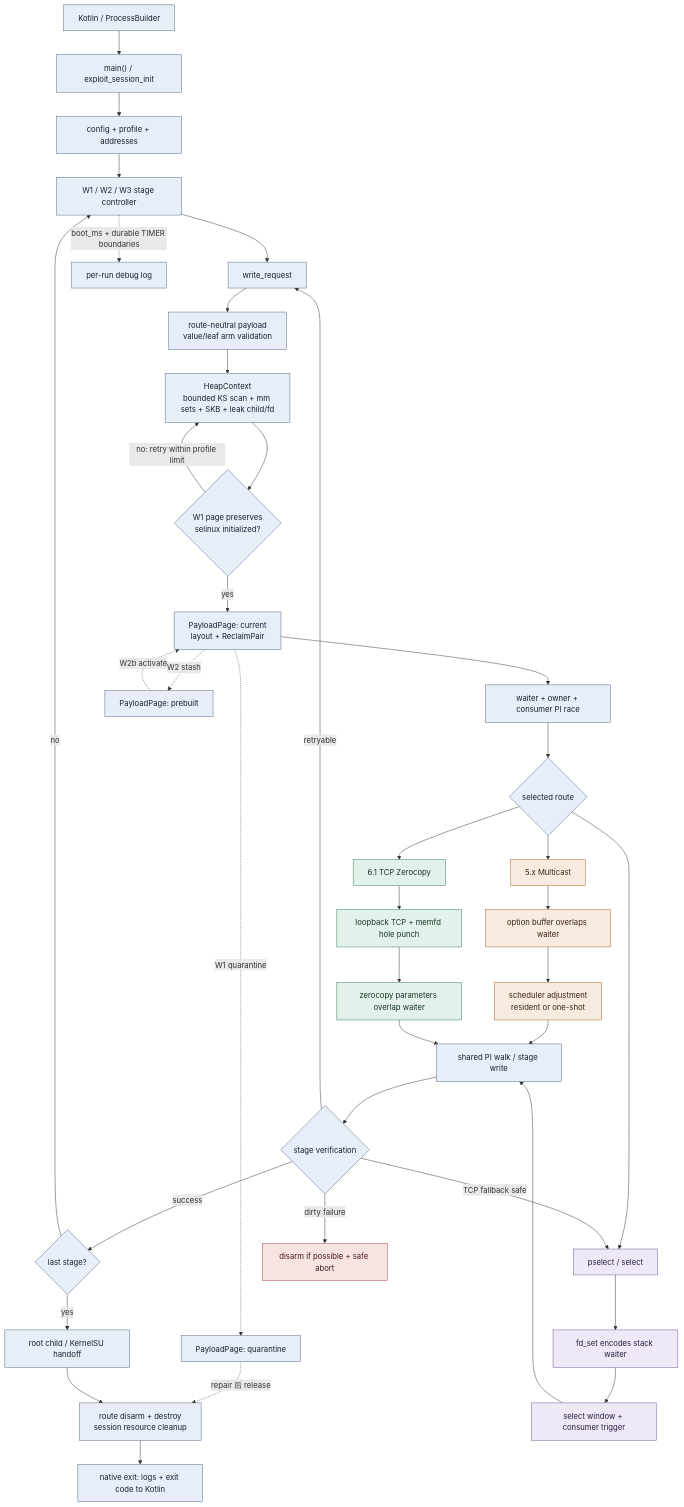
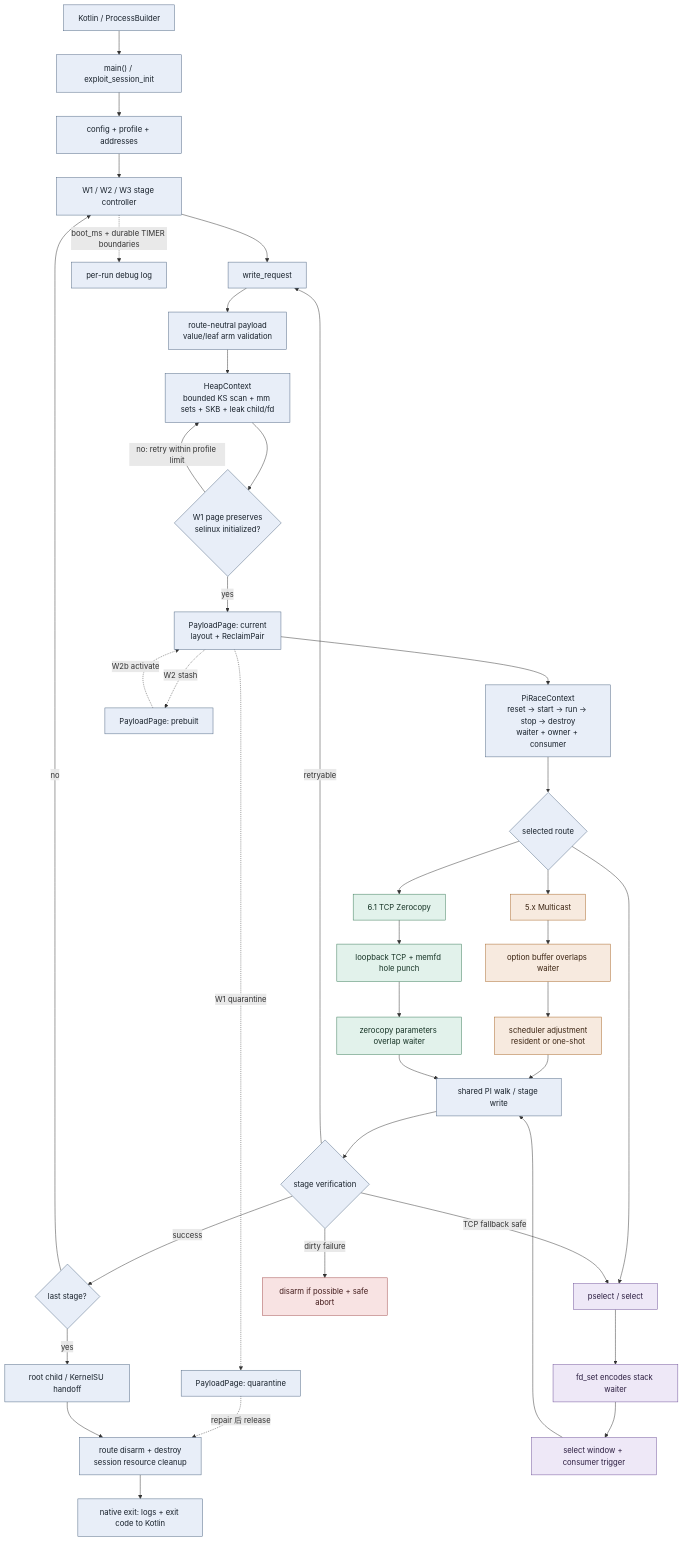
The first of 2 diagrams in analysis/native-decoupling-plan.md (YuKongA/ghostlock-app), drawn with Mermaid before and after one commit. The commit also changed other lines of this file and 5 other files, not shown here.

````diff
--- a/analysis/native-decoupling-plan.md
+++ b/analysis/native-decoupling-plan.md
@@ -200,58 +200,58 @@
 ```mermaid
 flowchart TD
     Start["Kotlin / ProcessBuilder"] --> Main["main() / exploit_session_init"]
     Main --> Init["config + profile + addresses"]
     Init --> Stage["W1 / W2 / W3 stage controller"]
     Stage --> Request["write_request"]
     Request --> Payload["route-neutral payload<br/>value/leaf arm validation"]
     Payload --> Heap["HeapContext<br/>bounded KS scan + mm sets + SKB + leak child/fd"]
     Heap --> Accept{"W1 page preserves<br/>selinux initialized?"}
     Accept -->|no: retry within profile limit| Heap
     Accept -->|yes| Current["PayloadPage: current<br/>layout + ReclaimPair"]
-    Current --> Race["waiter + owner + consumer PI race"]
+    Current --> Race["PiRaceContext<br/>reset → start → run → stop → destroy<br/>waiter + owner + consumer"]
     Current -. "W2 stash" .-> Prebuilt["PayloadPage: prebuilt"]
     Prebuilt -. "W2b activate" .-> Current
     Current -. "W1 quarantine" .-> Quarantine["PayloadPage: quarantine"]
     Quarantine -. "repair 后 release" .-> Cleanup
     Race --> Choice{"selected route"}
 
     Choice --> MC1["5.x Multicast"]
     MC1 --> MC2["option buffer overlaps waiter"]
     MC2 --> MC3["scheduler adjustment<br/>resident or one-shot"]
 
     Choice --> TCP1["6.1 TCP Zerocopy"]
     TCP1 --> TCP2["loopback TCP + memfd hole punch"]
     TCP2 --> TCP3["zerocopy parameters overlap waiter"]
 
     Choice --> PS1["pselect / select"]
     PS1 --> PS2["fd_set encodes stack waiter"]
     PS2 --> PS3["select window + consumer trigger"]
 
     MC3 --> Write["shared PI walk / stage write"]
     TCP3 --> Write
     PS3 --> Write
     Write --> Verify{"stage verification"}
 
     Verify -->|success| Advance{"last stage?"}
     Verify -->|retryable| Request
     Verify -->|TCP fallback safe| PS1
     Verify -->|dirty failure| Abort["disarm if possible + safe abort"]
 
     Advance -->|no| Stage
     Advance -->|yes| Handoff["root child / KernelSU handoff"]
     Handoff --> Cleanup["route disarm + destroy<br/>session resource cleanup"]
     Cleanup --> End["native exit: logs + exit code to Kotlin"]
     Stage -. "boot_ms + durable TIMER boundaries" .-> Log["per-run debug log"]
 
     classDef common fill:#e8eef8,stroke:#506784,color:#17202a;
     classDef multicast fill:#f7eadf,stroke:#a86628,color:#3b2412;
     classDef tcp fill:#e2f2eb,stroke:#397a58,color:#173426;
     classDef pselect fill:#eee8f7,stroke:#70539a,color:#2c1e40;
     classDef failure fill:#f8e3e3,stroke:#a24a4a,color:#421b1b;
 
     class Start,Main,Init,Stage,Request,Payload,Heap,Accept,Current,Prebuilt,Quarantine,Race,Choice,Write,Verify,Advance,Handoff,Cleanup,End,Log common;
     class MC1,MC2,MC3 multicast;
     class TCP1,TCP2,TCP3 tcp;
     class PS1,PS2,PS3 pselect;
     class Abort failure;
 ```
````
